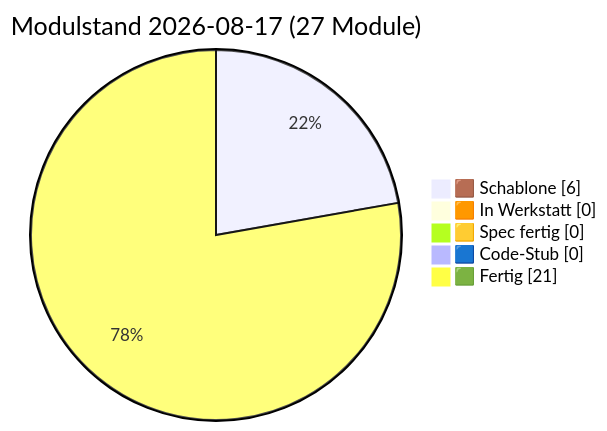
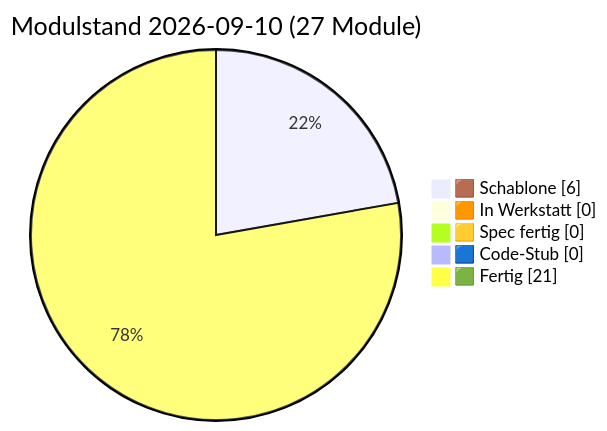
The diagram in docs/PULS.md (lausiklauskn-png/Sage-Protokol), drawn with Mermaid before and after one commit. The commit also changed other lines of this file and 4 other files, not shown here.

````diff
--- a/docs/PULS.md
+++ b/docs/PULS.md
@@ -21,9 +21,9 @@
 ```mermaid
 pie showData
-  title Modulstand 2026-08-17 (27 Module)
+  title Modulstand 2026-09-10 (27 Module)
   "🟫 Schablone" : 6
   "🟧 In Werkstatt" : 0
   "🟨 Spec fertig" : 0
   "🟦 Code-Stub" : 0
   "🟩 Fertig" : 21
 ```
````
